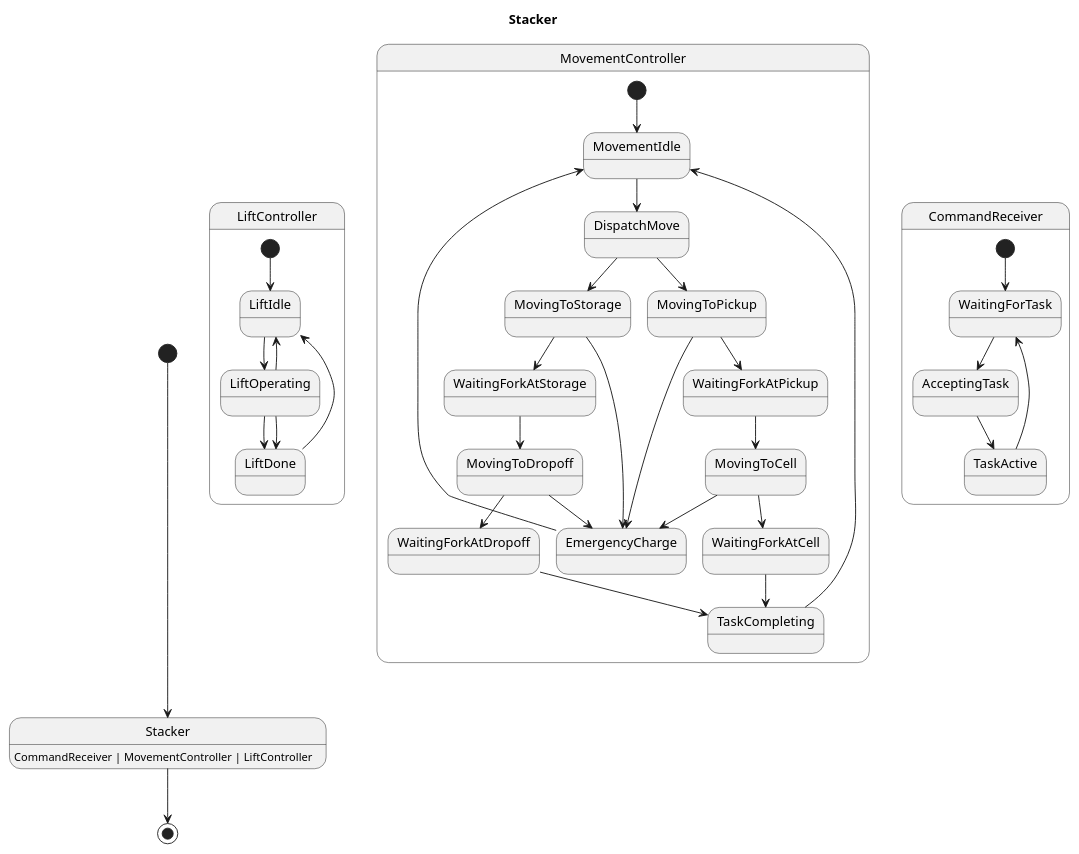
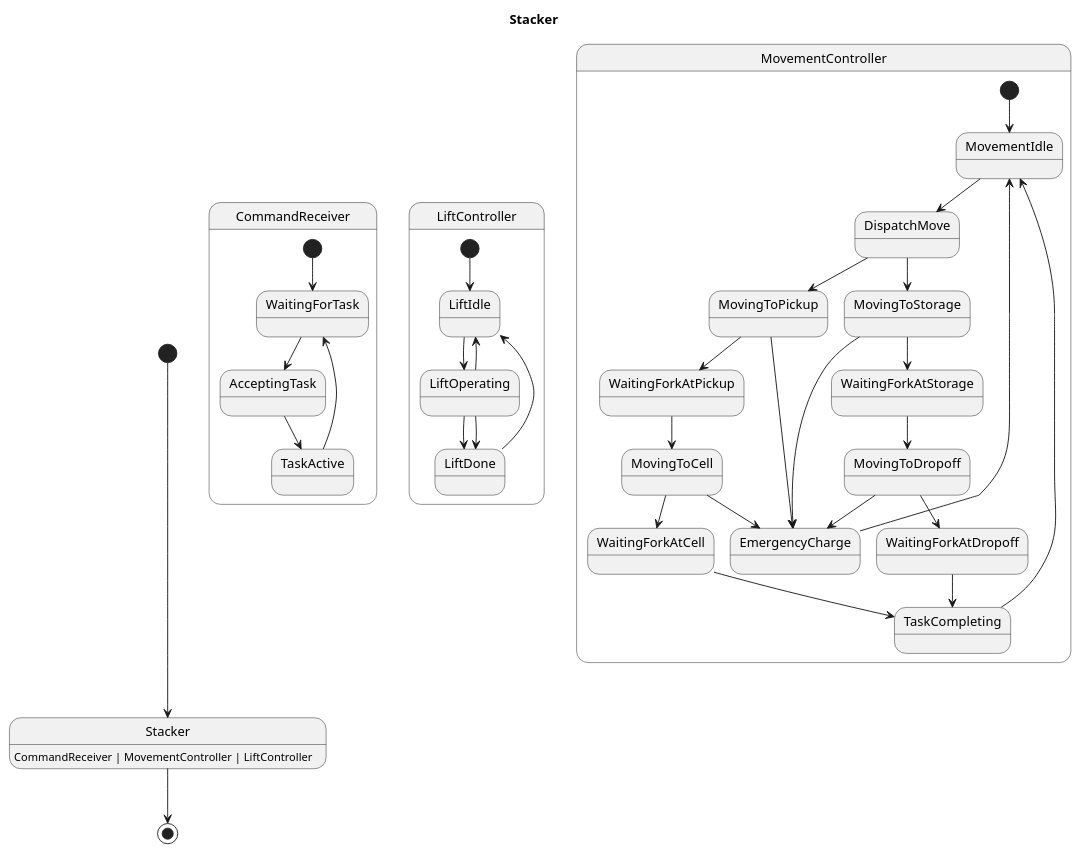
One commit to Pastor/Takt changed the diagram in examples/generated/plantuml/stacker.puml. Above: the diagram before and after it, drawn with PlantUML. The commit also changed other lines of this file and 9 other files, not shown here.

```diff
--- a/examples/generated/plantuml/stacker.puml
+++ b/examples/generated/plantuml/stacker.puml
@@ -1,45 +1,45 @@
 @startuml
 title Stacker
 
 [*] --> Stacker
 Stacker : CommandReceiver | MovementController | LiftController
 Stacker --> [*]
 
+state CommandReceiver {
+    [*] --> WaitingForTask
+    WaitingForTask --> AcceptingTask
+    TaskActive --> WaitingForTask
+    AcceptingTask --> TaskActive
+}
+
 state LiftController {
     [*] --> LiftIdle
-    LiftIdle --> LiftOperating
+    LiftDone --> LiftIdle
     LiftOperating --> LiftDone
     LiftOperating --> LiftDone
     LiftOperating --> LiftIdle
-    LiftDone --> LiftIdle
+    LiftIdle --> LiftOperating
 }
 
 state MovementController {
     [*] --> MovementIdle
+    EmergencyCharge --> MovementIdle
+    MovingToPickup --> WaitingForkAtPickup
+    MovingToPickup --> EmergencyCharge
+    WaitingForkAtPickup --> MovingToCell
+    MovingToCell --> WaitingForkAtCell
+    MovingToCell --> EmergencyCharge
+    TaskCompleting --> MovementIdle
     MovementIdle --> DispatchMove
-    WaitingForkAtCell --> TaskCompleting
     WaitingForkAtStorage --> MovingToDropoff
     MovingToStorage --> WaitingForkAtStorage
     MovingToStorage --> EmergencyCharge
-    TaskCompleting --> MovementIdle
+    WaitingForkAtDropoff --> TaskCompleting
+    WaitingForkAtCell --> TaskCompleting
     DispatchMove --> MovingToPickup
     DispatchMove --> MovingToStorage
     MovingToDropoff --> WaitingForkAtDropoff
     MovingToDropoff --> EmergencyCharge
-    EmergencyCharge --> MovementIdle
-    MovingToPickup --> WaitingForkAtPickup
-    MovingToPickup --> EmergencyCharge
-    WaitingForkAtDropoff --> TaskCompleting
-    MovingToCell --> WaitingForkAtCell
-    MovingToCell --> EmergencyCharge
-    WaitingForkAtPickup --> MovingToCell
-}
-
-state CommandReceiver {
-    [*] --> WaitingForTask
-    AcceptingTask --> TaskActive
-    TaskActive --> WaitingForTask
-    WaitingForTask --> AcceptingTask
 }
 
 @enduml
```
